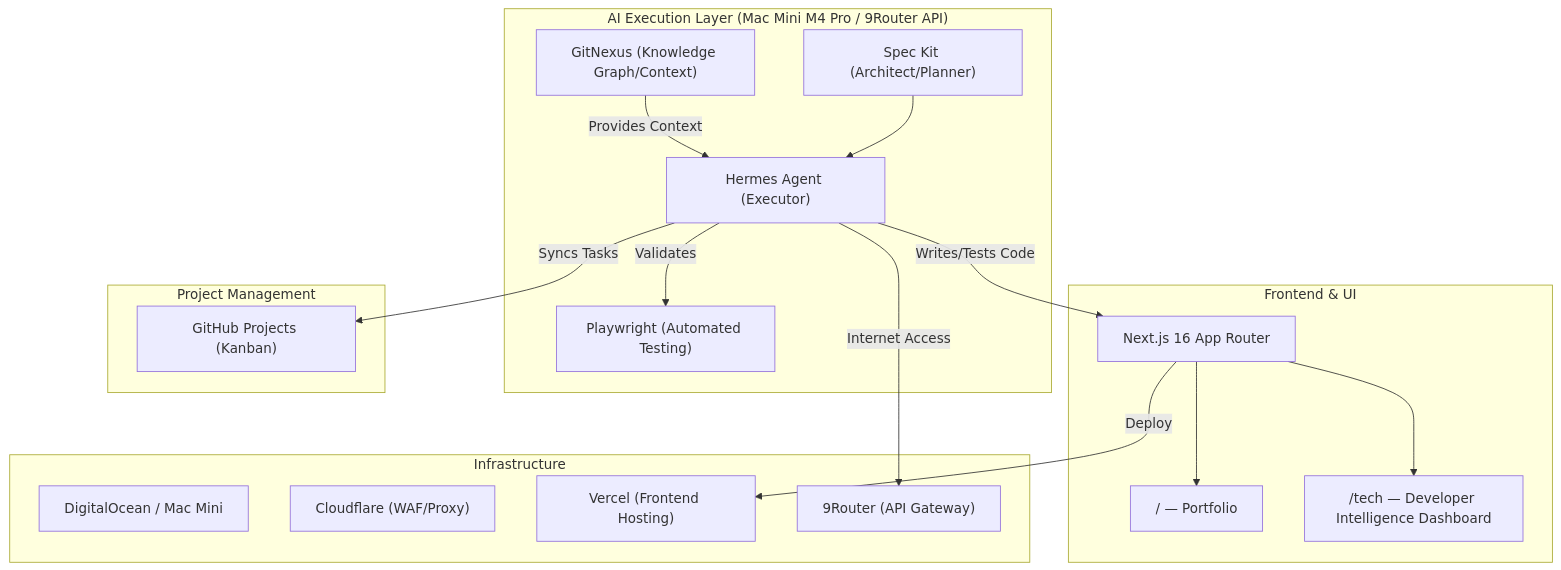
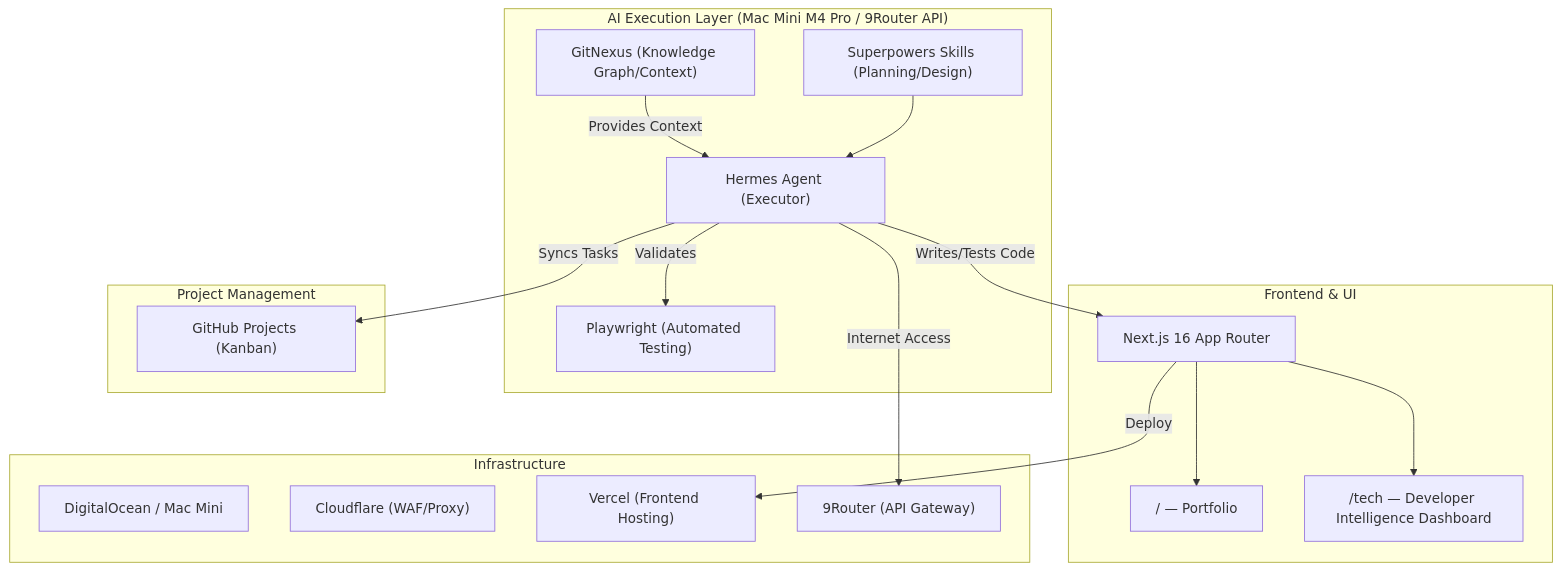
The first of 2 diagrams in docs/PRD.md (thangvq95/thangvq-digital-hub), drawn with Mermaid before and after one commit. The commit also changed other lines of this file and 2 other files, not shown here.

Commit message:
docs: remove Spec Kit references, adopt superpowers skills workflow

````diff
--- a/docs/PRD.md
+++ b/docs/PRD.md
@@ -13,35 +13,35 @@
 ```mermaid
 graph TB
     subgraph "Frontend & UI"
         A["Next.js 16 App Router"]
         A --> B["/ — Portfolio"]
         A --> C["/tech — Developer Intelligence Dashboard"]
     end
 
     subgraph "AI Execution Layer (Mac Mini M4 Pro / 9Router API)"
-        SK["Spec Kit (Architect/Planner)"]
+        SS["Superpowers Skills (Planning/Design)"]
         GN["GitNexus (Knowledge Graph/Context)"]
         HA["Hermes Agent (Executor)"]
         PW["Playwright (Automated Testing)"]
 
-        SK --> HA
+        SS --> HA
         GN -- "Provides Context" --> HA
         HA -- "Writes/Tests Code" --> A
         HA -- "Validates" --> PW
     end
 
     subgraph "Project Management"
         GP["GitHub Projects (Kanban)"]
         HA -- "Syncs Tasks" --> GP
     end
 
     subgraph "Infrastructure"
         VPS["DigitalOcean / Mac Mini"]
         CF["Cloudflare (WAF/Proxy)"]
         VC["Vercel (Frontend Hosting)"]
         RT["9Router (API Gateway)"]
     end
 
     HA -- "Internet Access" --> RT
     A -- "Deploy" --> VC
 ```
````
